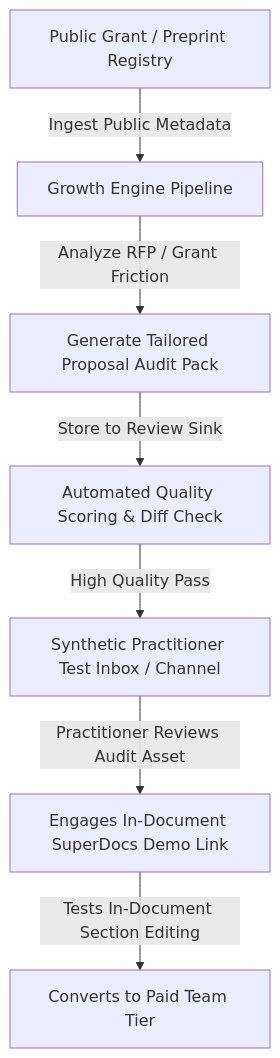
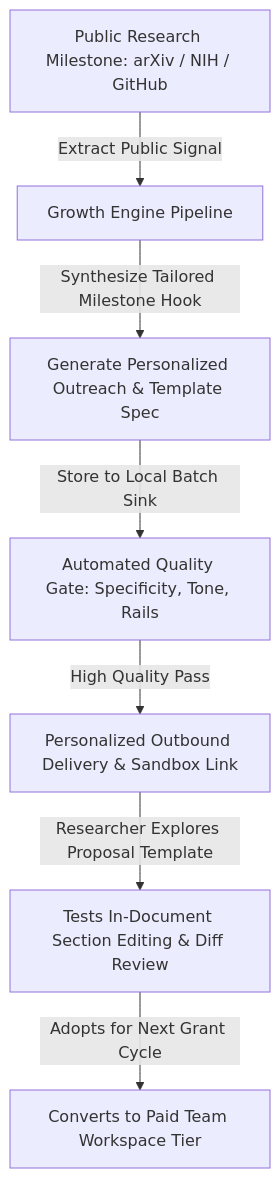
Before and after one commit to roohhh-7/doctask-rohit: the diagram in TASK-1-Growth-Machine/Growth Strategy.md, drawn with Mermaid. The commit also changed other lines of this file and 16 other files, not shown here.

Commit message:
feat(gtm): implement respectful milestone-triggered outbound campaign and landing page spec

````diff
--- a/TASK-1-Growth-Machine/Growth Strategy.md
+++ b/TASK-1-Growth-Machine/Growth Strategy.md
@@ -10,9 +10,9 @@
 ```mermaid
 flowchart TD
-    A[Public Grant / Preprint Registry] -->|Ingest Public Metadata| B[Growth Engine Pipeline]
-    B -->|Analyze RFP / Grant Friction| C[Generate Tailored Proposal Audit Pack]
-    C -->|Store to Review Sink| D[Automated Quality Scoring & Diff Check]
-    D -->|High Quality Pass| E[Synthetic Practitioner Test Inbox / Channel]
-    E -->|Practitioner Reviews Audit Asset| F[Engages In-Document SuperDocs Demo Link]
-    F -->|Tests In-Document Section Editing| G[Converts to Paid Team Tier]
+    A[Public Research Milestone: arXiv / NIH / GitHub] -->|Extract Public Signal| B[Growth Engine Pipeline]
+    B -->|Synthesize Tailored Milestone Hook| C[Generate Personalized Outreach & Template Spec]
+    C -->|Store to Local Batch Sink| D[Automated Quality Gate: Specificity, Tone, Rails]
+    D -->|High Quality Pass| E[Personalized Outbound Delivery & Sandbox Link]
+    E -->|Researcher Explores Proposal Template| F[Tests In-Document Section Editing & Diff Review]
+    F -->|Adopts for Next Grant Cycle| G[Converts to Paid Team Workspace Tier]
 ```
````
